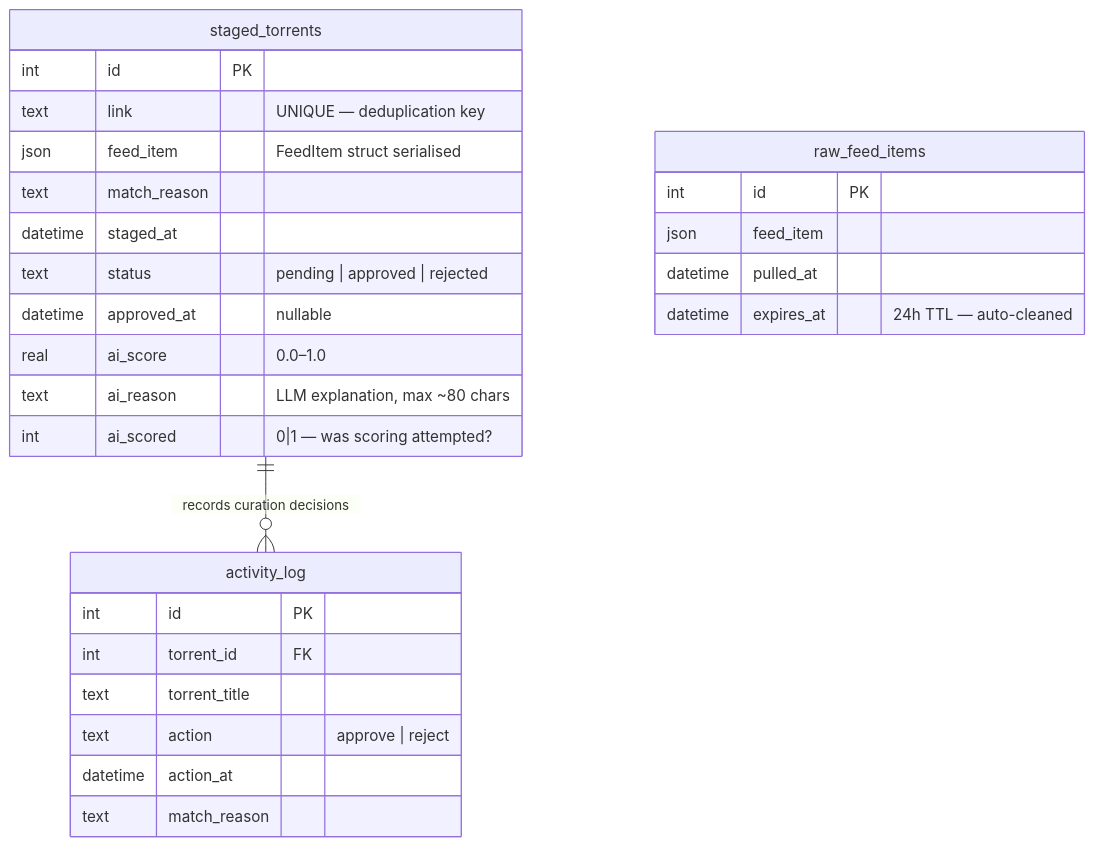
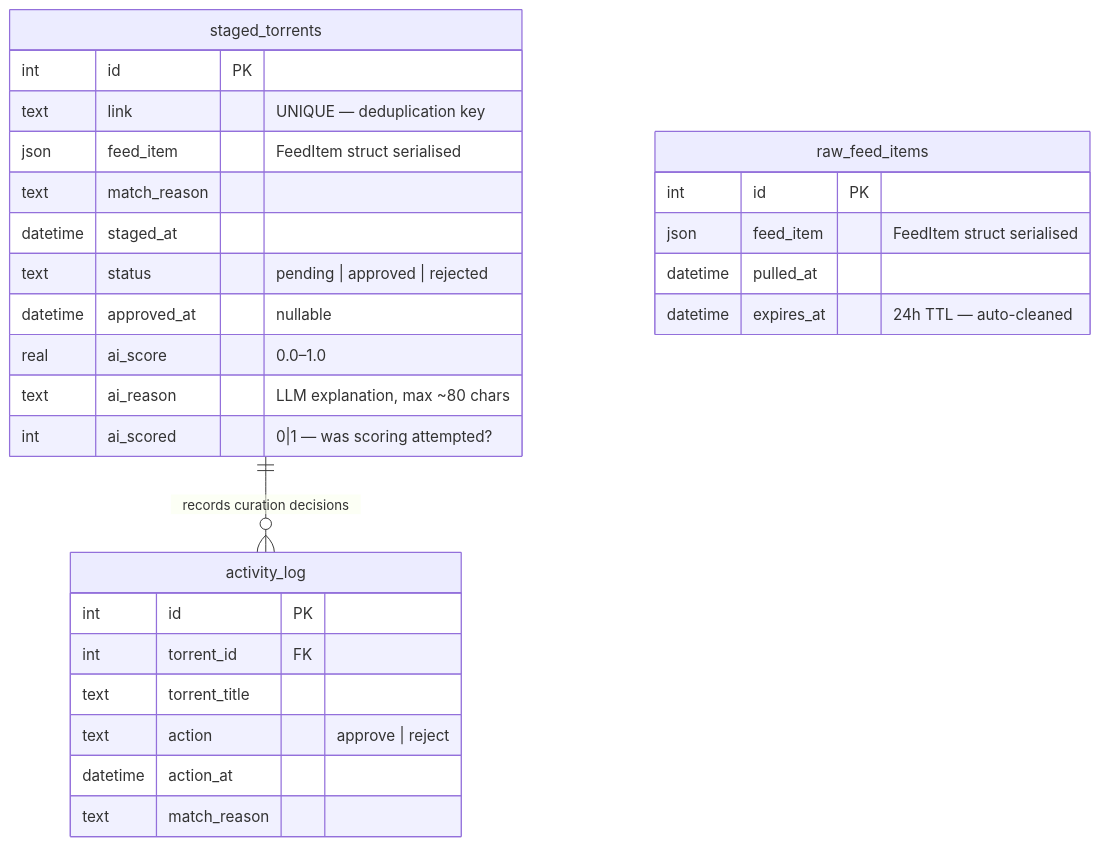
One commit to killakam3084/rss-curator changed the third of 3 diagrams in docs/ARCHITECTURE.md. Above: the diagram before and after it, drawn with Mermaid. The commit also changed 4 other files, not shown here.

````diff
--- a/docs/ARCHITECTURE.md
+++ b/docs/ARCHITECTURE.md
@@ -88,33 +88,33 @@
 ```mermaid
 erDiagram
     staged_torrents {
         int     id           PK
         text    link         "UNIQUE — deduplication key"
         json    feed_item    "FeedItem struct serialised"
         text    match_reason
         datetime staged_at
         text    status       "pending | approved | rejected"
         datetime approved_at "nullable"
         real    ai_score     "0.0–1.0"
         text    ai_reason    "LLM explanation, max ~80 chars"
         int     ai_scored    "0|1 — was scoring attempted?"
     }
 
     activity_log {
         int      id            PK
         int      torrent_id    FK
         text     torrent_title
         text     action        "approve | reject"
         datetime action_at
         text     match_reason
     }
 
     raw_feed_items {
         int      id         PK
-        json     feed_item
+        json     feed_item  "FeedItem struct serialised"
         datetime pulled_at
         datetime expires_at "24h TTL — auto-cleaned"
     }
 
     staged_torrents ||--o{ activity_log : "records curation decisions"
 ```
````
